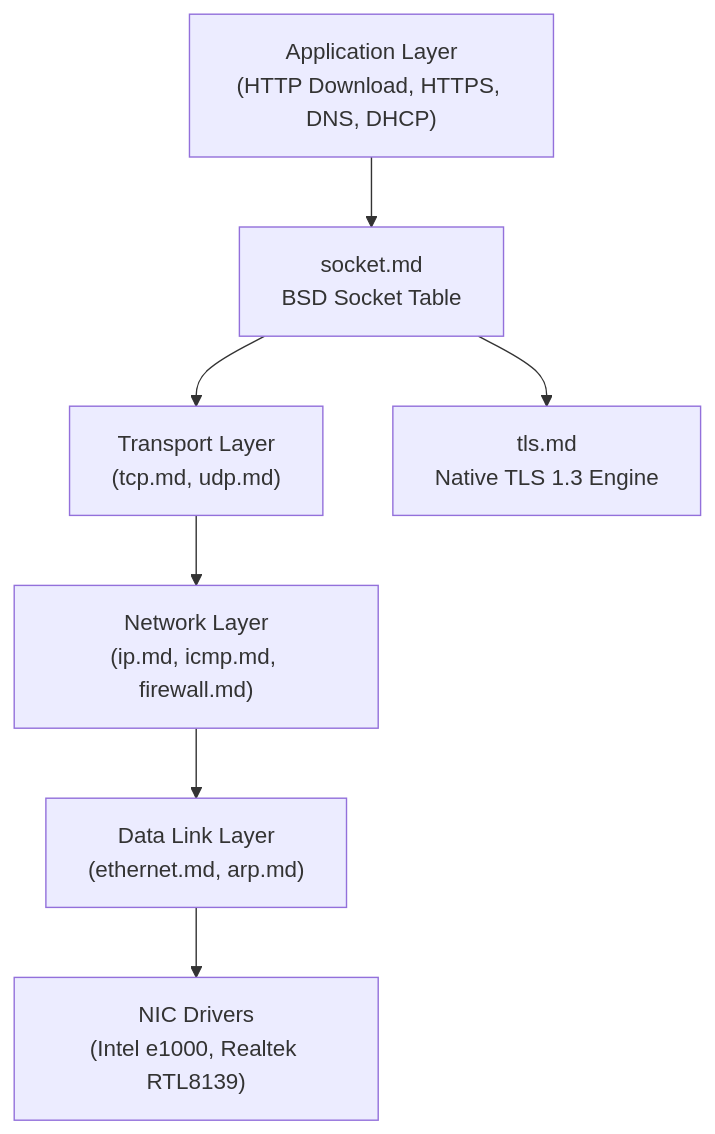
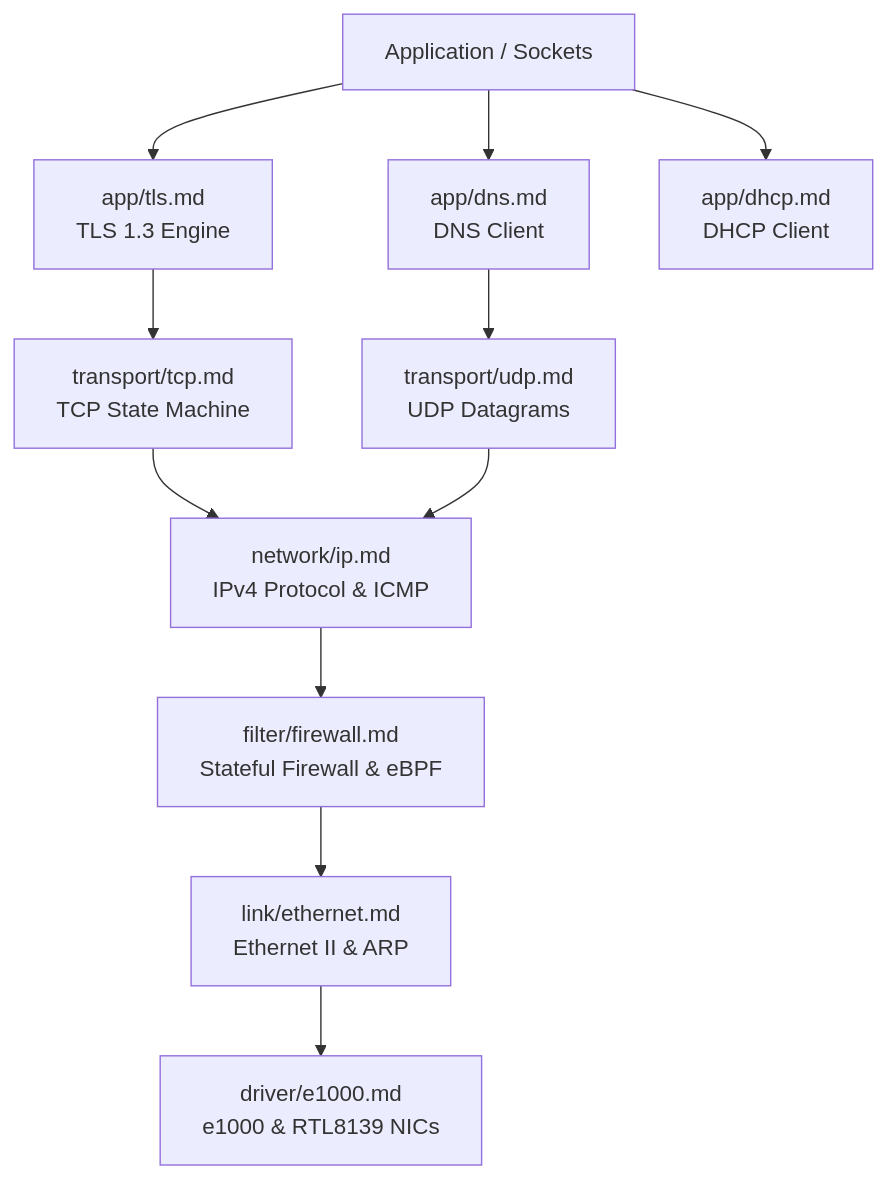
Before and after one commit to mrvlous/keira: the diagram in docs/net/README.md, drawn with Mermaid. The commit also changed other lines of this file and 34 other files, not shown here.

Commit message:
docs(net): modularize network stack, protocols, sockets, drivers and firewall documentation

````diff
--- a/docs/net/README.md
+++ b/docs/net/README.md
@@ -11,9 +11,13 @@
 ```mermaid
 graph TD
-    App["Application Layer<br/>(HTTP Download, HTTPS, DNS, DHCP)"] --> Socket["socket.md<br/>BSD Socket Table"]
-    Socket --> Transport["Transport Layer<br/>(tcp.md, udp.md)"]
-    Socket --> TLS["tls.md<br/>Native TLS 1.3 Engine"]
-    Transport --> Network["Network Layer<br/>(ip.md, icmp.md, firewall.md)"]
-    Network --> Link["Data Link Layer<br/>(ethernet.md, arp.md)"]
-    Link --> Drivers["NIC Drivers<br/>(Intel e1000, Realtek RTL8139)"]
+    App["Application / Sockets"] --> TLS["app/tls.md<br/>TLS 1.3 Engine"]
+    App --> DNS["app/dns.md<br/>DNS Client"]
+    App --> DHCP["app/dhcp.md<br/>DHCP Client"]
+    TLS --> TCP["transport/tcp.md<br/>TCP State Machine"]
+    DNS --> UDP["transport/udp.md<br/>UDP Datagrams"]
+    TCP --> IP["network/ip.md<br/>IPv4 Protocol & ICMP"]
+    UDP --> IP
+    IP --> Filter["filter/firewall.md<br/>Stateful Firewall & eBPF"]
+    Filter --> Link["link/ethernet.md<br/>Ethernet II & ARP"]
+    Link --> Drivers["driver/e1000.md<br/>e1000 & RTL8139 NICs"]
 ```
````
